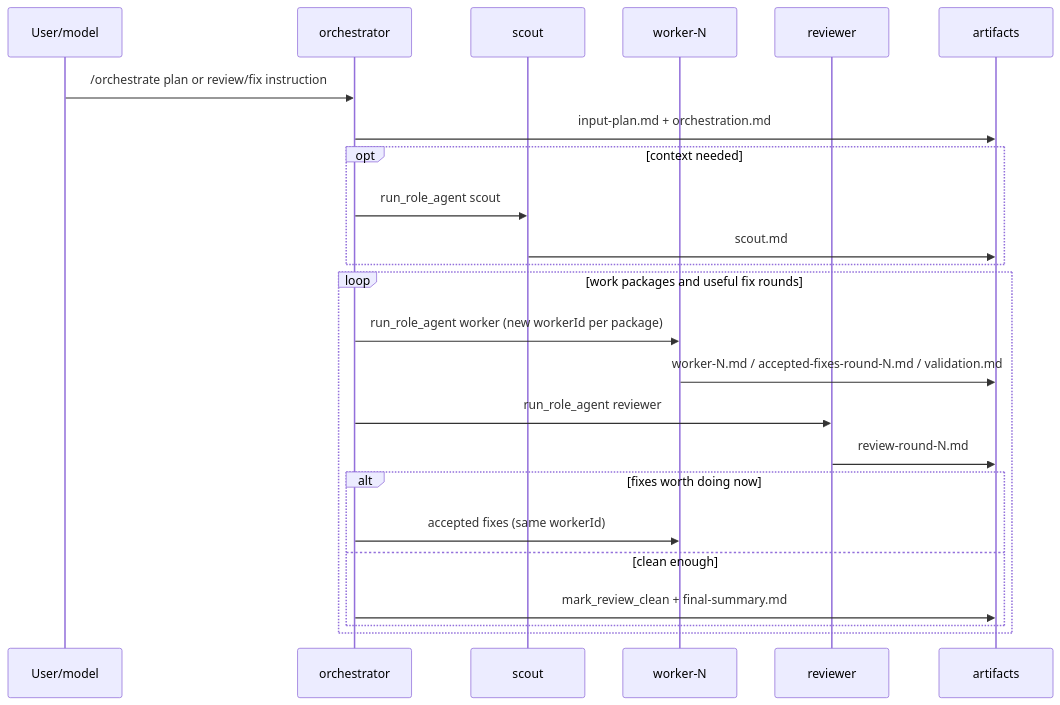
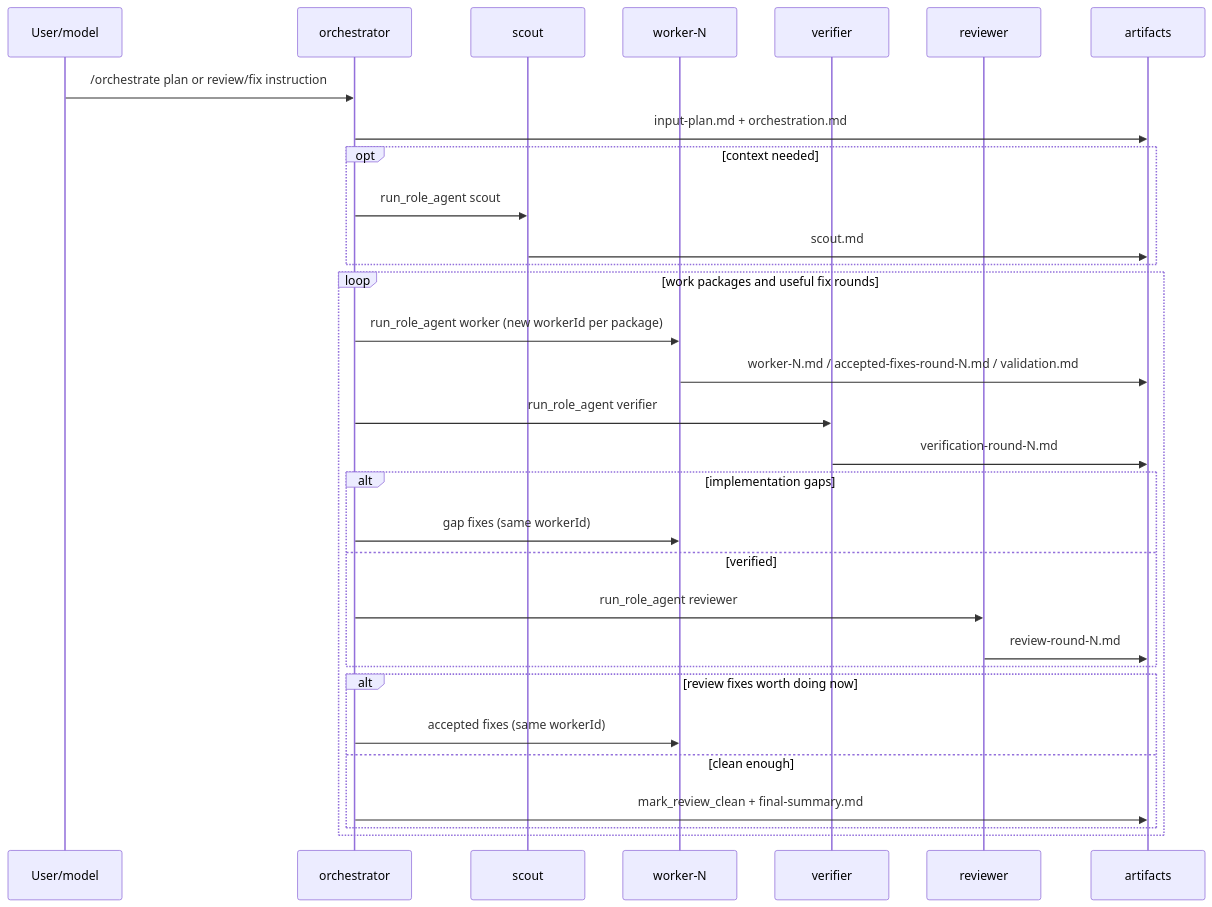
The third of 4 diagrams in README.md (SkipXS/pi-simple-subagents), drawn with Mermaid before and after one commit. The commit also changed other lines of this file and 8 other files, not shown here.

````diff
--- a/README.md
+++ b/README.md
@@ -170,29 +173,36 @@
 ```mermaid
 sequenceDiagram
   participant U as User/model
   participant O as orchestrator
   participant S as scout
   participant W as worker-N
+  participant V as verifier
   participant R as reviewer
   participant A as artifacts
 
   U->>O: /orchestrate plan or review/fix instruction
   O->>A: input-plan.md + orchestration.md
 
   opt context needed
     O->>S: run_role_agent scout
     S->>A: scout.md
   end
 
   loop work packages and useful fix rounds
     O->>W: run_role_agent worker (new workerId per package)
     W->>A: worker-N.md / accepted-fixes-round-N.md / validation.md
-    O->>R: run_role_agent reviewer
-    R->>A: review-round-N.md
-    alt fixes worth doing now
+    O->>V: run_role_agent verifier
+    V->>A: verification-round-N.md
+    alt implementation gaps
+      O->>W: gap fixes (same workerId)
+    else verified
+      O->>R: run_role_agent reviewer
+      R->>A: review-round-N.md
+    end
+    alt review fixes worth doing now
       O->>W: accepted fixes (same workerId)
     else clean enough
       O->>A: mark_review_clean + final-summary.md
     end
   end
 ```
````
